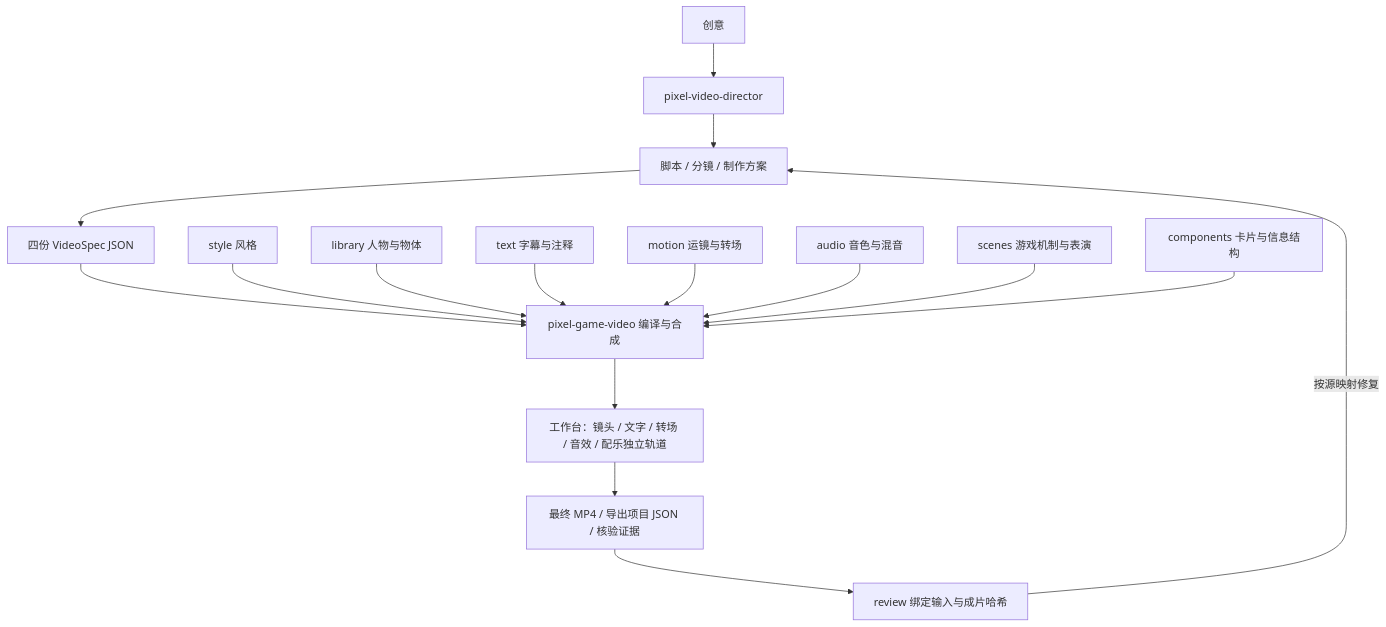
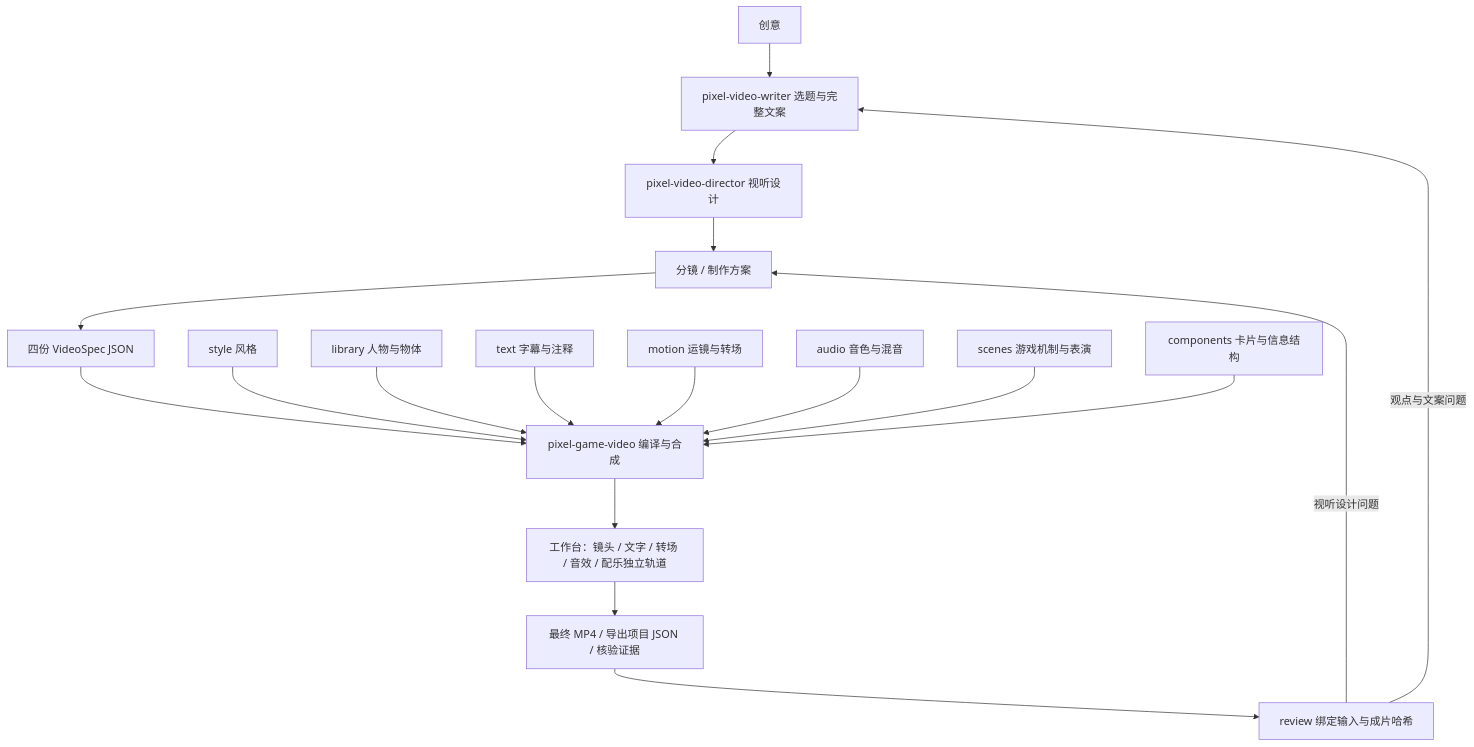
Before and after one commit to Xiong-YH/codex-skills: the diagram in README.md, drawn with Mermaid. The commit also changed other lines of this file and 58 other files, not shown here.

Commit message:
Split video writing and add a four-stage director workspace

````diff
--- a/README.md
+++ b/README.md
@@ -24,18 +27,20 @@
 ```mermaid
 flowchart TD
-    I[创意] --> D[pixel-video-director]
-    D --> S[脚本 / 分镜 / 制作方案]
+    I[创意] --> B[pixel-video-writer 选题与完整文案]
+    B --> D[pixel-video-director 视听设计]
+    D --> S[分镜 / 制作方案]
     S --> V[四份 VideoSpec JSON]
     V --> F[pixel-game-video 编译与合成]
     ST[style 风格] --> F
     L[library 人物与物体] --> F
     T[text 字幕与注释] --> F
     M[motion 运镜与转场] --> F
     A[audio 音色与混音] --> F
     SC[scenes 游戏机制与表演] --> F
     C[components 卡片与信息结构] --> F
     F --> W[工作台：镜头 / 文字 / 转场 / 音效 / 配乐独立轨道]
     W --> O[最终 MP4 / 导出项目 JSON / 核验证据]
     O --> R[review 绑定输入与成片哈希]
-    R -->|按源映射修复| S
+    R -->|视听设计问题| S
+    R -->|观点与文案问题| B
 ```
````
